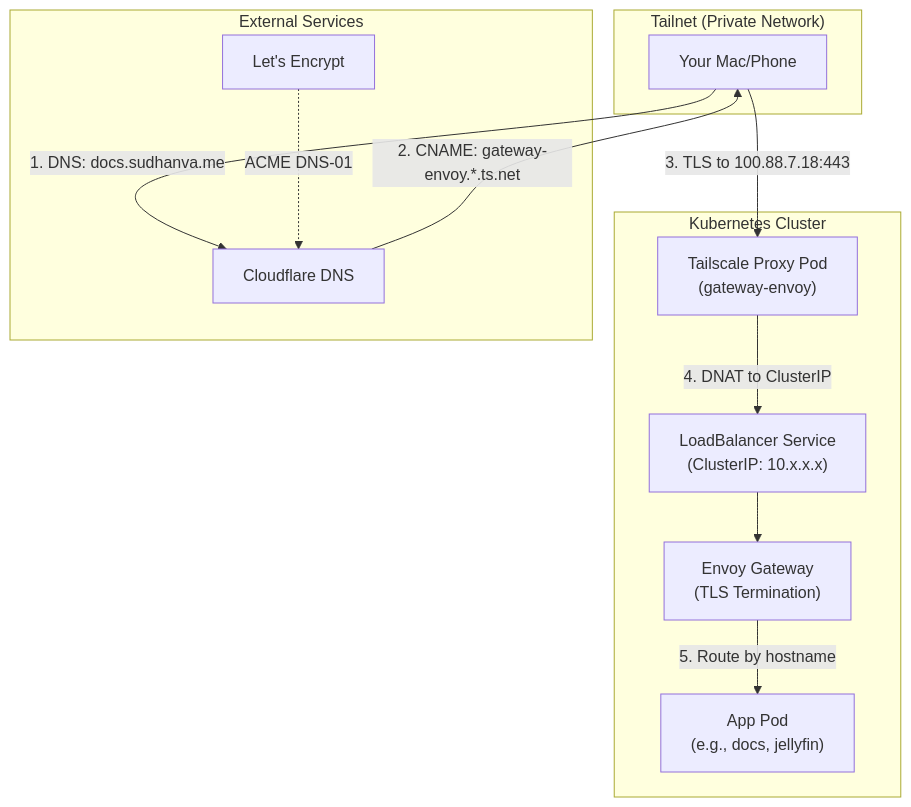
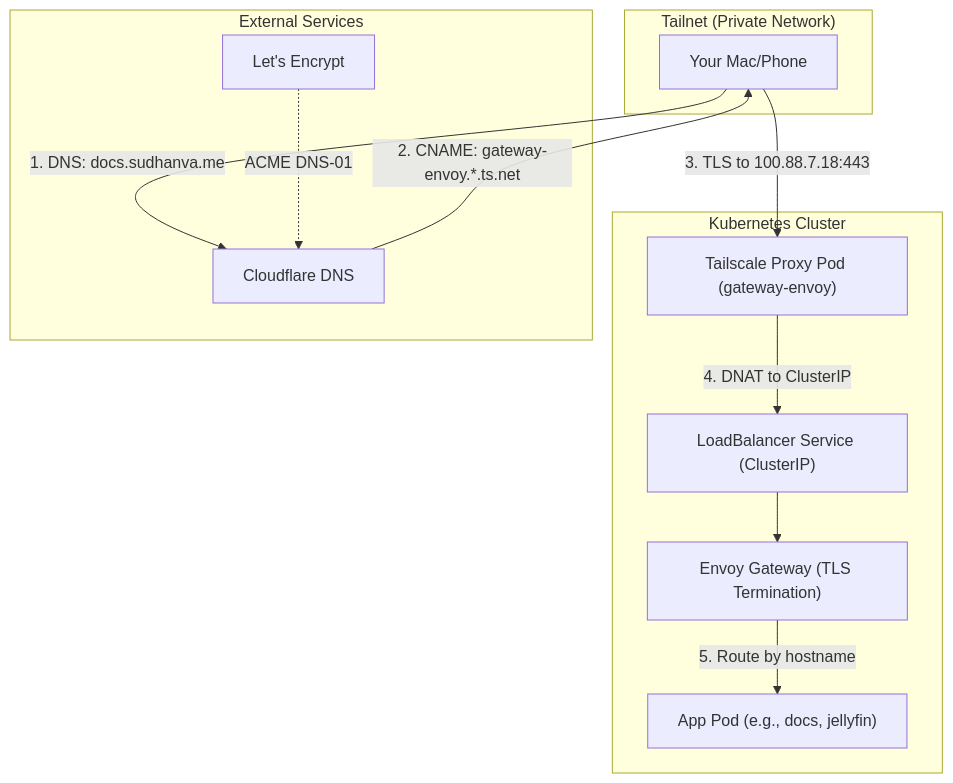
One commit to nsudhanva/homelab changed the first of 3 diagrams in docs/docs/explanation/gateway-networking.md. Above: the diagram before and after it, drawn with Mermaid. The commit also changed other lines of this file and 10 other files, not shown here.

Commit message:
docs: Add Mermaid diagrams for enhanced visualization and reorder intro to prioritize bare-metal deployment.

````diff
--- a/docs/docs/explanation/gateway-networking.md
+++ b/docs/docs/explanation/gateway-networking.md
@@ -14,27 +14,27 @@
 ```mermaid
 flowchart TB
     subgraph Tailnet["Tailnet (Private Network)"]
         Client["Your Mac/Phone"]
     end
 
     subgraph Cluster["Kubernetes Cluster"]
-        TS["Tailscale Proxy Pod<br/>(gateway-envoy)"]
-        SVC["LoadBalancer Service<br/>(ClusterIP: 10.x.x.x)"]
-        ENVOY["Envoy Gateway<br/>(TLS Termination)"]
-        APP["App Pod<br/>(e.g., docs, jellyfin)"]
+        TS["Tailscale Proxy Pod (gateway-envoy)"]
+        SVC["LoadBalancer Service (ClusterIP)"]
+        ENVOY["Envoy Gateway (TLS Termination)"]
+        APP["App Pod (e.g., docs, jellyfin)"]
     end
 
     subgraph External["External Services"]
         CF["Cloudflare DNS"]
         LE["Let's Encrypt"]
     end
 
     Client -->|"1. DNS: docs.sudhanva.me"| CF
     CF -->|"2. CNAME: gateway-envoy.*.ts.net"| Client
     Client -->|"3. TLS to 100.88.7.18:443"| TS
     TS -->|"4. DNAT to ClusterIP"| SVC
     SVC --> ENVOY
     ENVOY -->|"5. Route by hostname"| APP
 
     LE -.->|"ACME DNS-01"| CF
 ```
````
